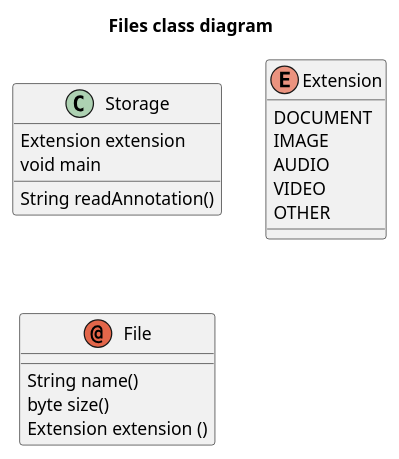
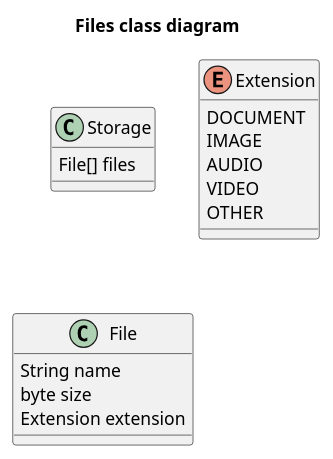
One commit to esoe/education changed the diagram in files/src/main/docs/diagrams/src/Files.puml. Above: the diagram before and after it, drawn with PlantUML. The commit also changed 6 other files, not shown here.

```diff
--- a/files/src/main/docs/diagrams/src/Files.puml
+++ b/files/src/main/docs/diagrams/src/Files.puml
@@ -1,21 +1,20 @@
 @startuml Files
+
 title Files class diagram
 class Storage {
-    Extension extension
-    String readAnnotation()
-    void main
+    File[] files
 }
 enum Extension{
     DOCUMENT
     IMAGE
     AUDIO
     VIDEO
     OTHER
 }
-annotation File {
-    String name()
-    byte size()
-    Extension extension ()
+class File {
+    String name
+    byte size
+    Extension extension
 }
 
 @enduml
```
